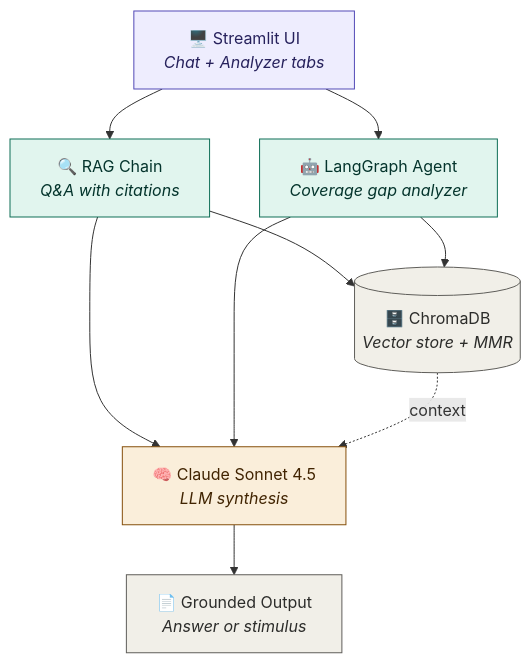
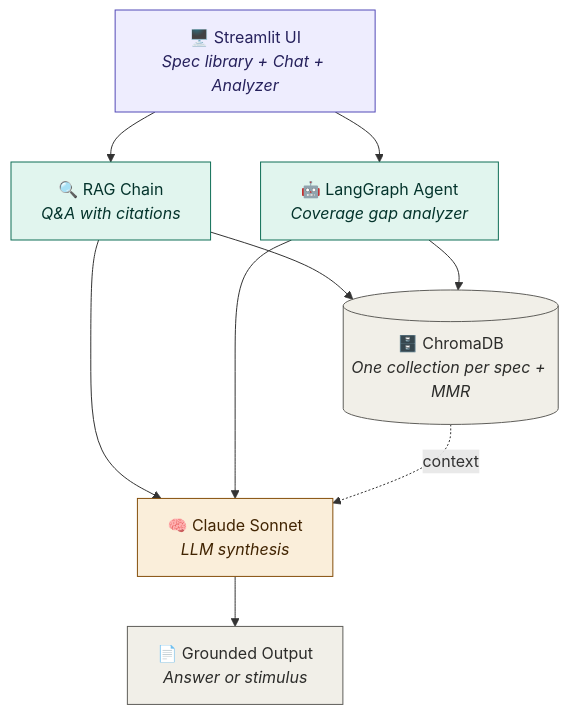
Before and after one commit to Dhirajzen/dv-rag-assistant: the first of 2 diagrams in README.md, drawn with Mermaid. The commit also changed other lines of this file and 9 other files, not shown here.

First line of the commit message:
Support any specification PDF via a multi-spec library

````diff
--- a/README.md
+++ b/README.md
@@ -39,30 +42,30 @@
 ```mermaid
 flowchart TD
-    UI["🖥️ Streamlit UI<br/><i>Chat + Analyzer tabs</i>"]
+    UI["🖥️ Streamlit UI<br/><i>Spec library + Chat + Analyzer</i>"]
     RAG["🔍 RAG Chain<br/><i>Q&A with citations</i>"]
     AGENT["🤖 LangGraph Agent<br/><i>Coverage gap analyzer</i>"]
-    DB[("🗄️ ChromaDB<br/><i>Vector store + MMR</i>")]
-    LLM["🧠 Claude Sonnet 4.5<br/><i>LLM synthesis</i>"]
+    DB[("🗄️ ChromaDB<br/><i>One collection per spec + MMR</i>")]
+    LLM["🧠 Claude Sonnet<br/><i>LLM synthesis</i>"]
     OUT["📄 Grounded Output<br/><i>Answer or stimulus</i>"]
 
     UI --> RAG
     UI --> AGENT
     RAG --> DB
     RAG --> LLM
     AGENT --> DB
     AGENT --> LLM
     DB -.context.-> LLM
     LLM --> OUT
 
     classDef ui fill:#EEEDFE,stroke:#534AB7,color:#26215C
     classDef logic fill:#E1F5EE,stroke:#0F6E56,color:#04342C
     classDef data fill:#F1EFE8,stroke:#5F5E5A,color:#2C2C2A
     classDef llm fill:#FAEEDA,stroke:#854F0B,color:#412402
     classDef out fill:#F1EFE8,stroke:#5F5E5A,color:#2C2C2A
 
     class UI ui
     class RAG,AGENT logic
     class DB data
     class LLM llm
     class OUT out
 ```
````
